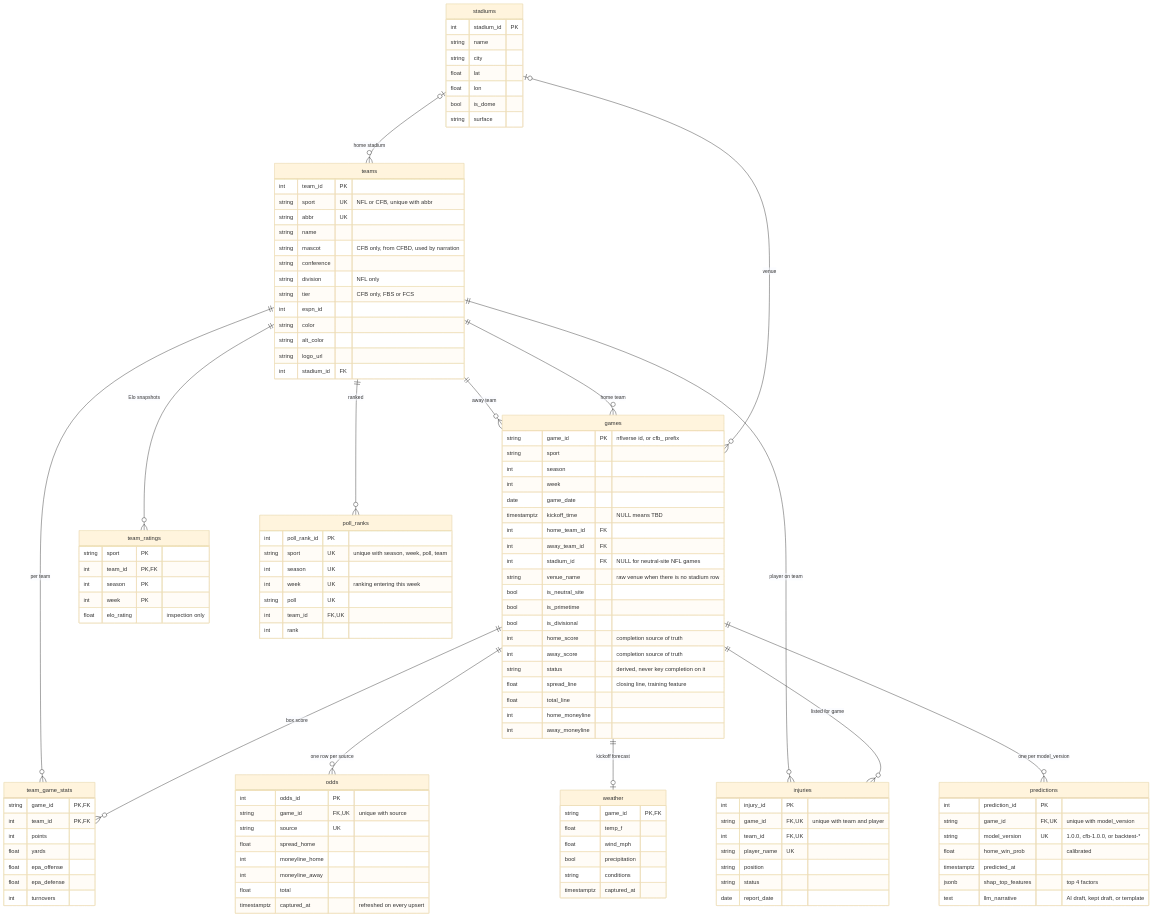
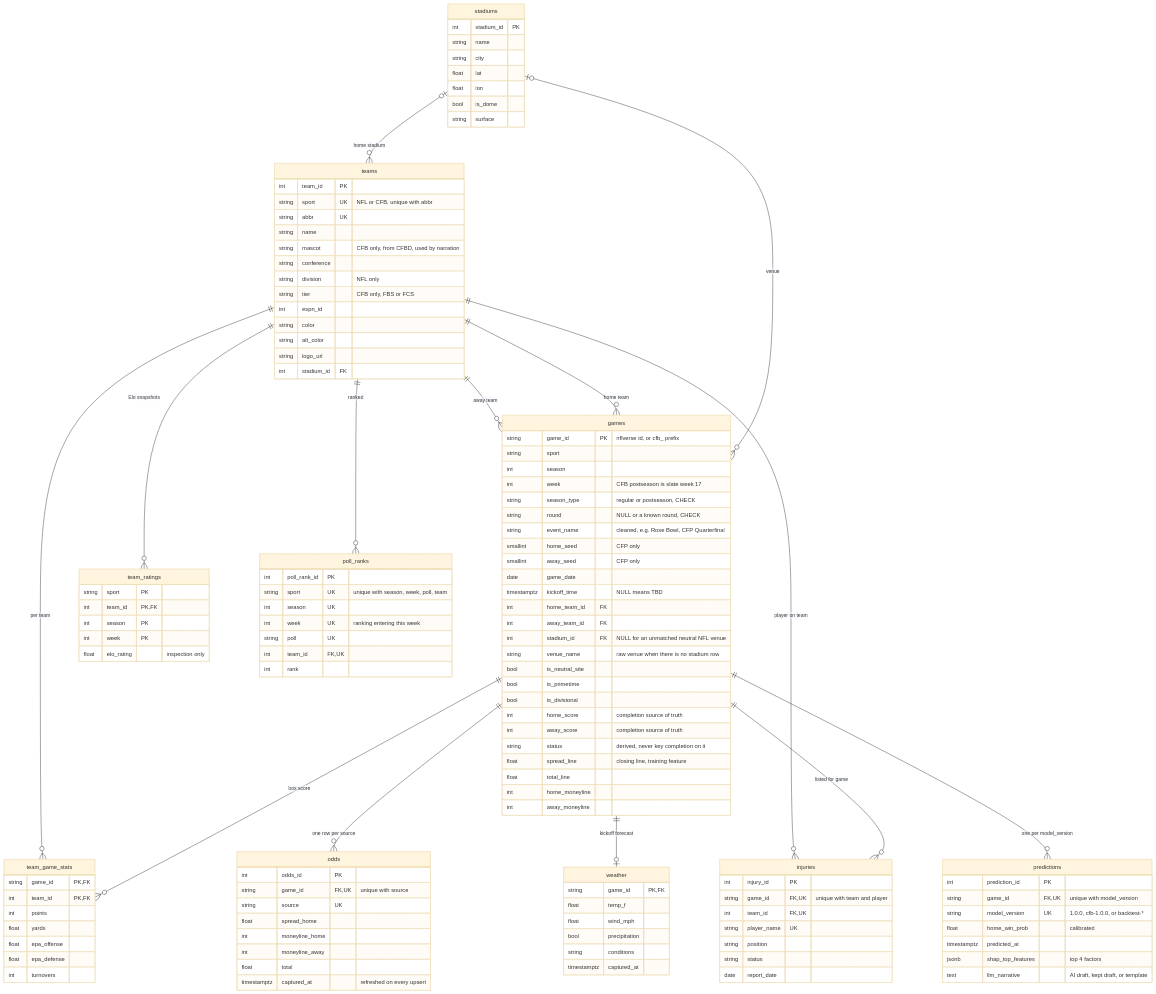
The diagram in diagrams/er-diagram.md (carterptull/blitzcast), drawn with Mermaid (base theme) before and after one commit. The commit also changed other lines of this file and 17 other files, not shown here.

Commit message:
chore(release): 1.3.0 changelog, decisions, docs and diagrams

```diff
--- a/diagrams/er-diagram.md
+++ b/diagrams/er-diagram.md
@@ -48,12 +48,17 @@
         string game_id PK "nflverse id, or cfb_ prefix"
         string sport
         int season
-        int week
+        int week "CFB postseason is slate week 17"
+        string season_type "regular or postseason, CHECK"
+        string round "NULL or a known round, CHECK"
+        string event_name "cleaned, e.g. Rose Bowl, CFP Quarterfinal"
+        smallint home_seed "CFP only"
+        smallint away_seed "CFP only"
         date game_date
         timestamptz kickoff_time "NULL means TBD"
         int home_team_id FK
         int away_team_id FK
-        int stadium_id FK "NULL for neutral-site NFL games"
+        int stadium_id FK "NULL for an unmatched neutral NFL venue"
         string venue_name "raw venue when there is no stadium row"
         bool is_neutral_site
         bool is_primetime
```
